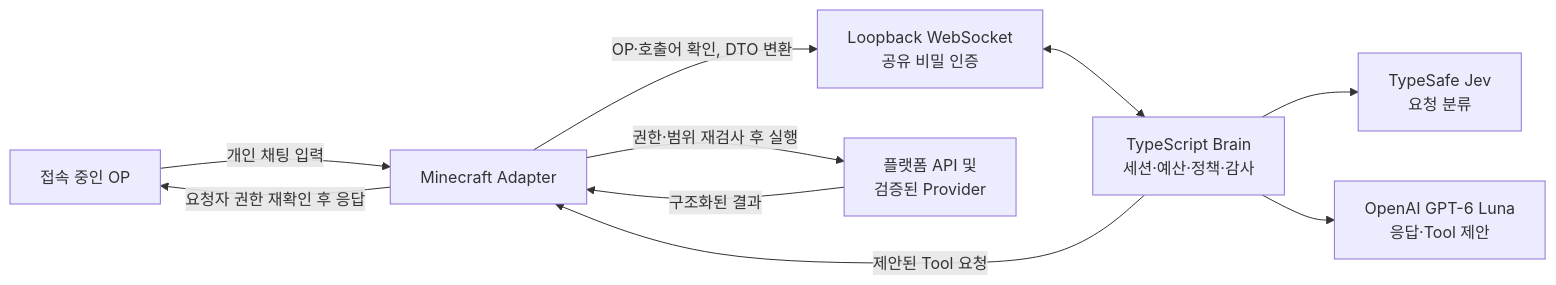
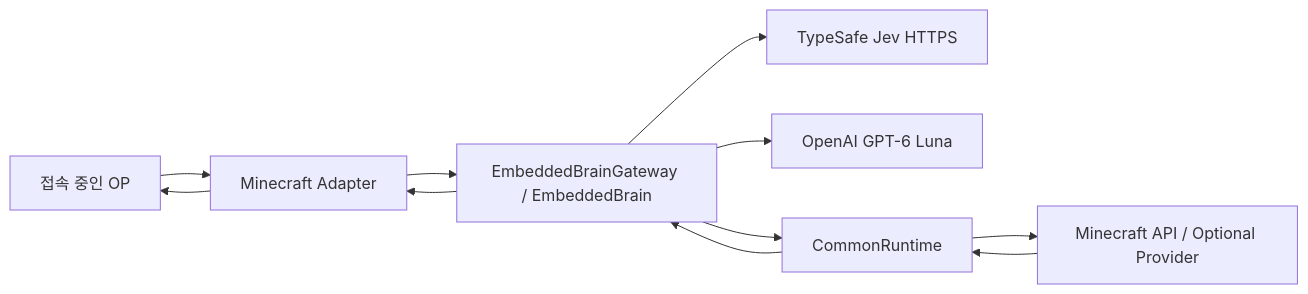
The diagram in docs/architecture.md (Kardane/JarvisMinecraft), drawn with Mermaid before and after one commit. The commit also changed other lines of this file and 72 other files, not shown here.

````diff
--- a/docs/architecture.md
+++ b/docs/architecture.md
@@ -17,12 +10,13 @@
 ```mermaid
 flowchart LR
-  OP["접속 중인 OP"] -->|"개인 채팅 입력"| AD["Minecraft Adapter"]
-  AD -->|"OP·호출어 확인, DTO 변환"| WS["Loopback WebSocket<br/>공유 비밀 인증"]
-  WS <--> BR["TypeScript Brain<br/>세션·예산·정책·감사"]
-  BR --> JV["TypeSafe Jev<br/>요청 분류"]
-  BR --> GPT["OpenAI GPT-6 Luna<br/>응답·Tool 제안"]
-  BR -->|"제안된 Tool 요청"| AD
-  AD -->|"권한·범위 재검사 후 실행"| API["플랫폼 API 및<br/>검증된 Provider"]
-  API -->|"구조화된 결과"| AD
-  AD -->|"요청자 권한 재확인 후 응답"| OP
+  OP["접속 중인 OP"] --> AD["Minecraft Adapter"]
+  AD --> EB["EmbeddedBrainGateway / EmbeddedBrain"]
+  EB --> JV["TypeSafe Jev HTTPS"]
+  EB --> GPT["OpenAI GPT-6 Luna"]
+  EB --> CR["CommonRuntime"]
+  CR --> API["Minecraft API / Optional Provider"]
+  API --> CR
+  CR --> EB
+  EB --> AD
+  AD --> OP
 ```
````
